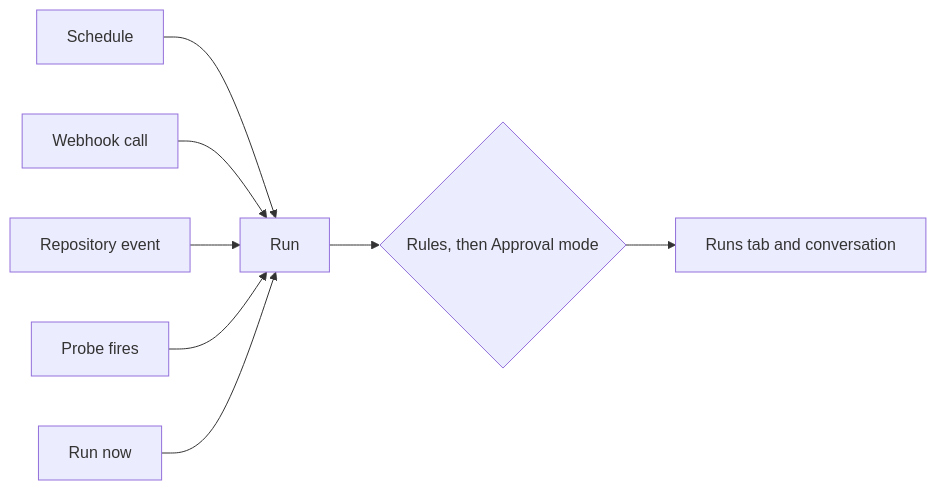
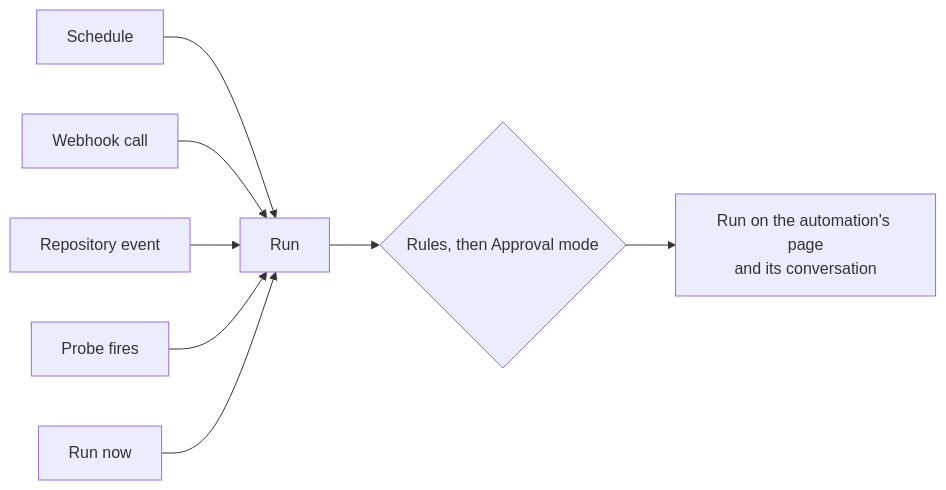
Before and after one commit to nhat-tranvan/docs: the diagram in guide/automation/automations.mdx, drawn with Mermaid. The commit also changed other lines of this file and 895 other files, not shown here.

````diff
--- a/guide/automation/automations.mdx
+++ b/guide/automation/automations.mdx
@@ -43,10 +43,10 @@
 ```mermaid
 flowchart LR
     S[Schedule] --> R[Run]
     W[Webhook call] --> R
     E[Repository event] --> R
     P[Probe fires] --> R
     M[Run now] --> R
     R --> G{Rules, then Approval mode}
-    G --> V[Runs tab and conversation]
+    G --> V[Run on the automation's page<br/>and its conversation]
 ```
````
